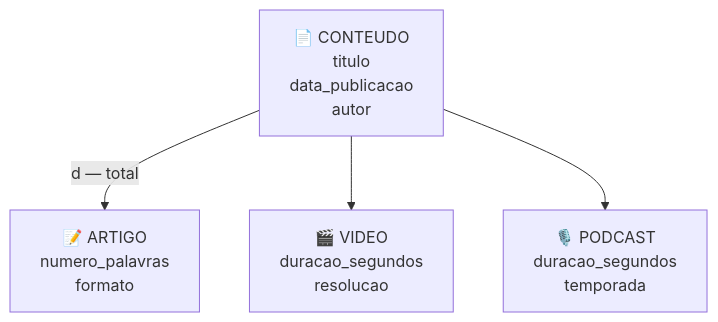
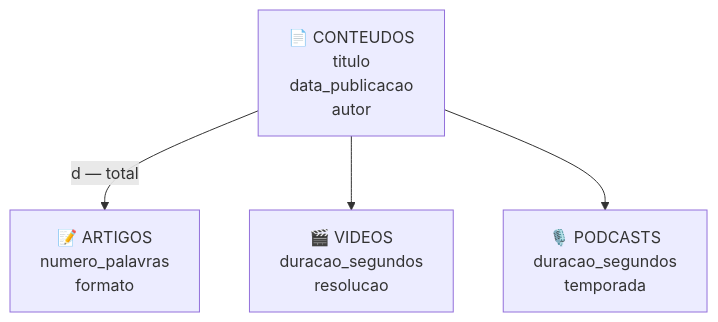
Before and after one commit to GTI-Fatec-Jahu/BDA-GTI-2026-2: the eighth of 15 diagrams in docs/aulas/Aula_02_Modelagem_Entidades.md, drawn with Mermaid. The commit also changed other lines of this file and 5 other files, not shown here.

````diff
--- a/docs/aulas/Aula_02_Modelagem_Entidades.md
+++ b/docs/aulas/Aula_02_Modelagem_Entidades.md
@@ -331,23 +331,23 @@
 ```mermaid
 flowchart TB
-    CONTEUDO["📄 CONTEUDO
+    CONTEUDOS["📄 CONTEUDOS
     titulo
     data_publicacao
     autor"]
 
-    ARTIGO["📝 ARTIGO
+    ARTIGOS["📝 ARTIGOS
     numero_palavras
     formato"]
 
-    VIDEO["🎬 VIDEO
+    VIDEOS["🎬 VIDEOS
     duracao_segundos
     resolucao"]
 
-    PODCAST["🎙️ PODCAST
+    PODCASTS["🎙️ PODCASTS
     duracao_segundos
     temporada"]
 
-    CONTEUDO -->|"d — total"| ARTIGO
-    CONTEUDO --> VIDEO
-    CONTEUDO --> PODCAST
+    CONTEUDOS -->|"d — total"| ARTIGOS
+    CONTEUDOS --> VIDEOS
+    CONTEUDOS --> PODCASTS
 ```
````
